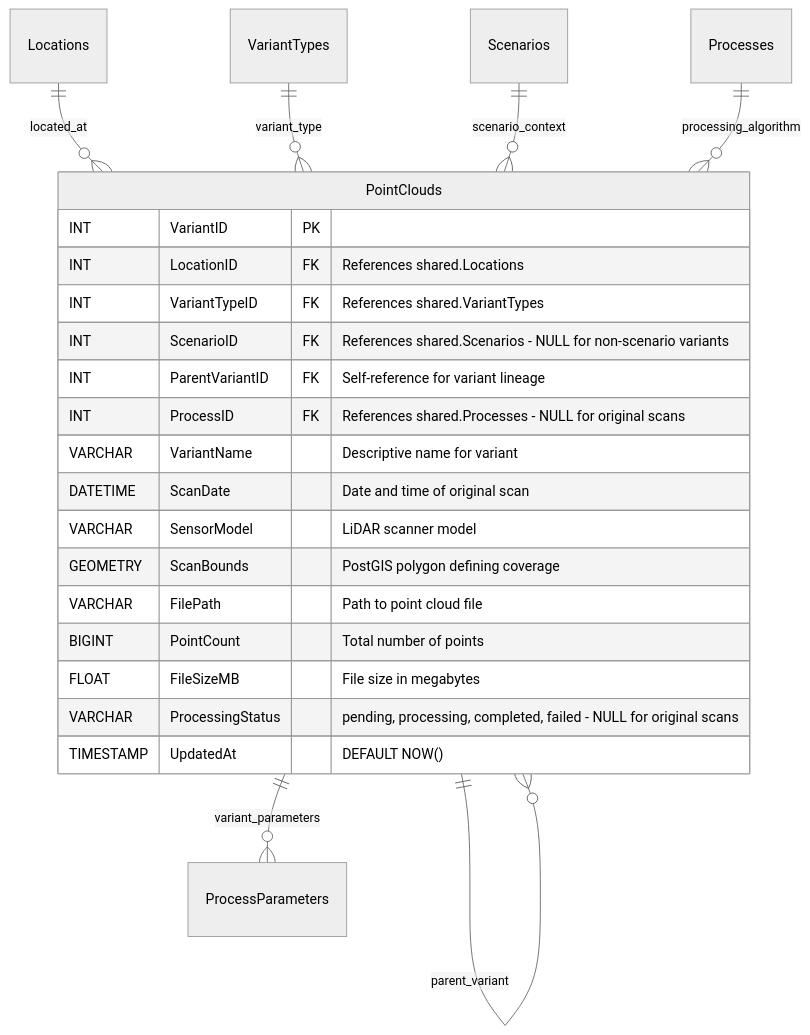
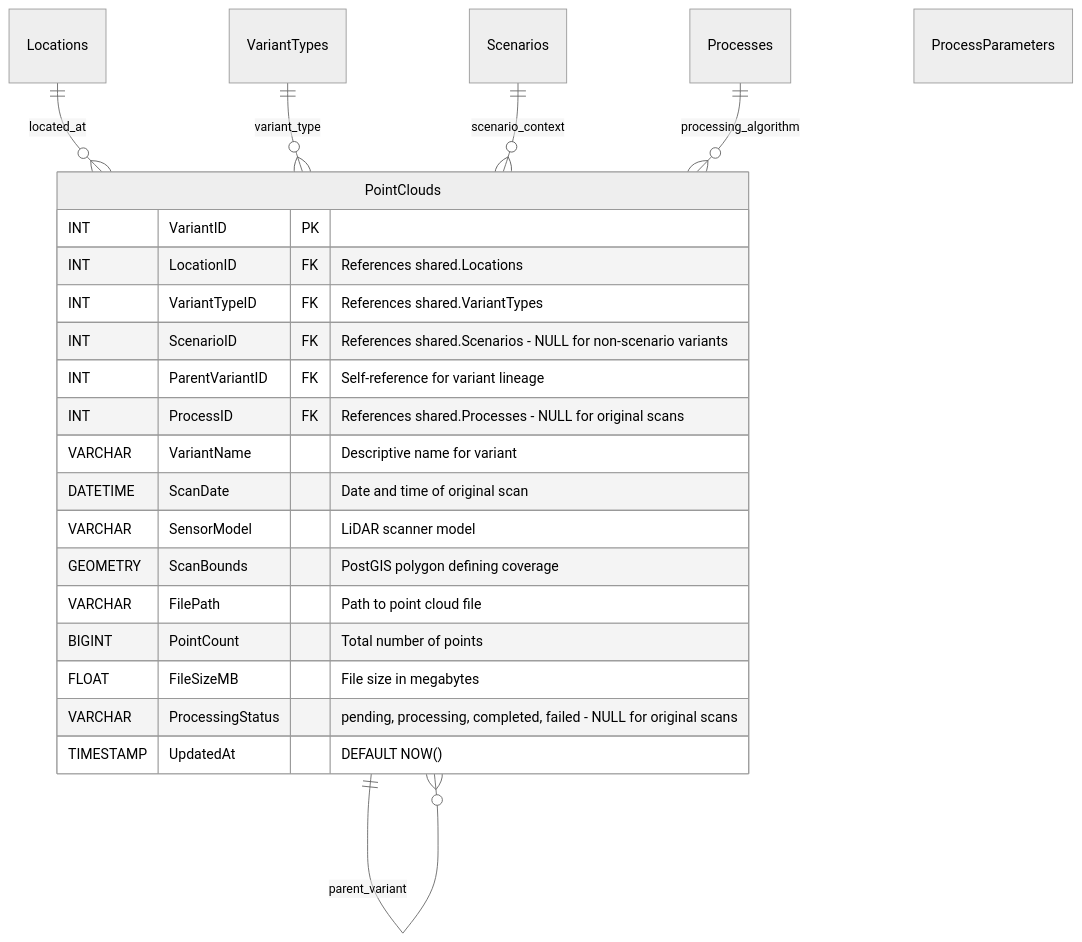
The seventh of 10 diagrams in docs/architecture/database.md (XRFutureForests/digital-twin-db), drawn with Mermaid before and after one commit. The commit also changed other lines of this file and 5 other files, not shown here.

````diff
--- a/docs/architecture/database.md
+++ b/docs/architecture/database.md
@@ -271,36 +347,35 @@
 ```mermaid
 %%{init: {
   "theme": "neutral"
 }}%%
 erDiagram
     Locations
     VariantTypes
     Scenarios
     Processes
     ProcessParameters
 
     PointClouds {
         INT VariantID PK
         INT LocationID FK "References shared.Locations"
         INT VariantTypeID FK "References shared.VariantTypes"
         INT ScenarioID FK "References shared.Scenarios - NULL for non-scenario variants"
         INT ParentVariantID FK "Self-reference for variant lineage"
         INT ProcessID FK "References shared.Processes - NULL for original scans"
         VARCHAR VariantName "Descriptive name for variant"
         DATETIME ScanDate "Date and time of original scan"
         VARCHAR SensorModel "LiDAR scanner model"
         GEOMETRY ScanBounds "PostGIS polygon defining coverage"
         VARCHAR FilePath "Path to point cloud file"
         BIGINT PointCount "Total number of points"
         FLOAT FileSizeMB "File size in megabytes"
         VARCHAR ProcessingStatus "pending, processing, completed, failed - NULL for original scans"
         TIMESTAMP UpdatedAt "DEFAULT NOW()"
     }
 
     Locations ||--o{ PointClouds : located_at
     VariantTypes ||--o{ PointClouds : variant_type
     Scenarios ||--o{ PointClouds : scenario_context
     Processes ||--o{ PointClouds : processing_algorithm
     PointClouds ||--o{ PointClouds : parent_variant
-    PointClouds ||--o{ ProcessParameters : variant_parameters
 ```
````
